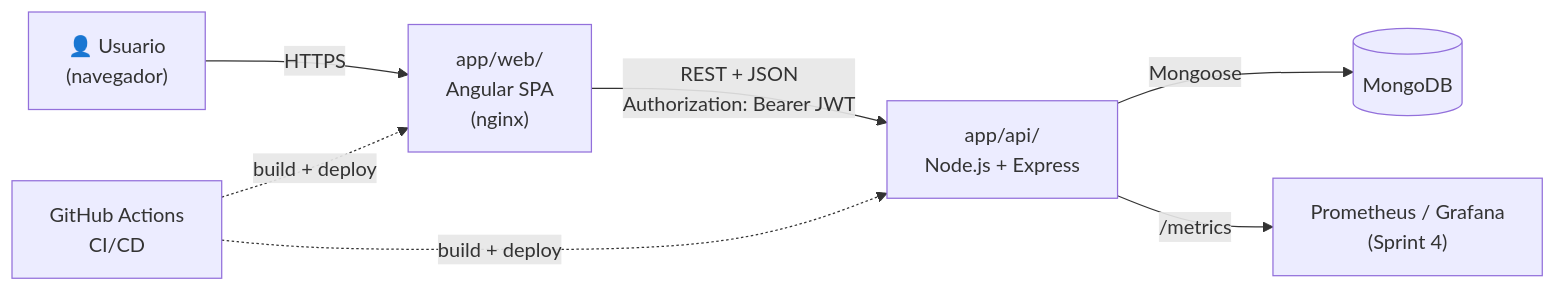
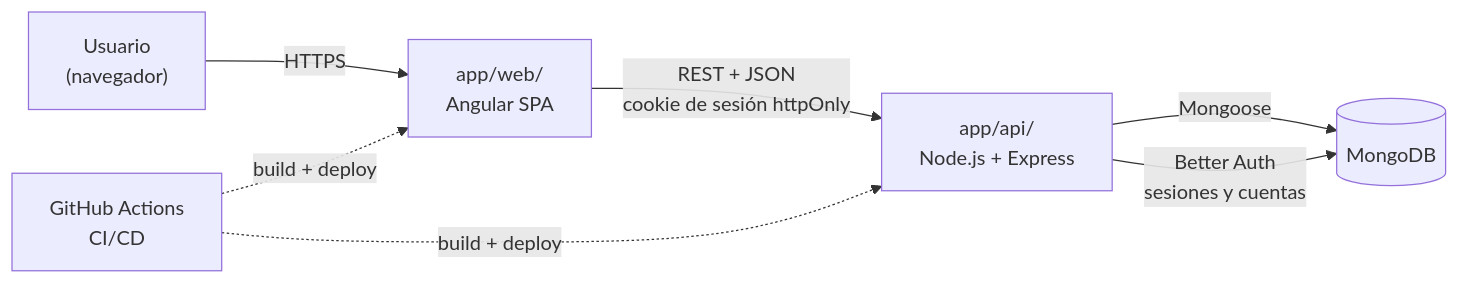
Before and after one commit to JuanDavidTriana/proyecto-final-VetCare-Clase-: the first of 2 diagrams in docs/04-arquitectura.md, drawn with Mermaid. The commit also changed other lines of this file and 76 other files, not shown here.

First line of the commit message:
feat(auth): implement Better Auth for user authentication and session management

````diff
--- a/docs/04-arquitectura.md
+++ b/docs/04-arquitectura.md
@@ -7,9 +7,9 @@
 ```mermaid
 flowchart LR
-    U["👤 Usuario<br/>(navegador)"] -->|HTTPS| W["app/web/<br/>Angular SPA<br/>(nginx)"]
-    W -->|"REST + JSON<br/>Authorization: Bearer JWT"| A["app/api/<br/>Node.js + Express"]
+    U["Usuario<br/>(navegador)"] -->|HTTPS| W["app/web/<br/>Angular SPA"]
+    W -->|"REST + JSON<br/>cookie de sesión httpOnly"| A["app/api/<br/>Node.js + Express"]
     A -->|Mongoose| M[("MongoDB")]
-    A -->|/metrics| P["Prometheus / Grafana<br/>(Sprint 4)"]
+    A -->|"Better Auth<br/>sesiones y cuentas"| M
     GH["GitHub Actions<br/>CI/CD"] -.->|build + deploy| W
     GH -.->|build + deploy| A
 ```
````
